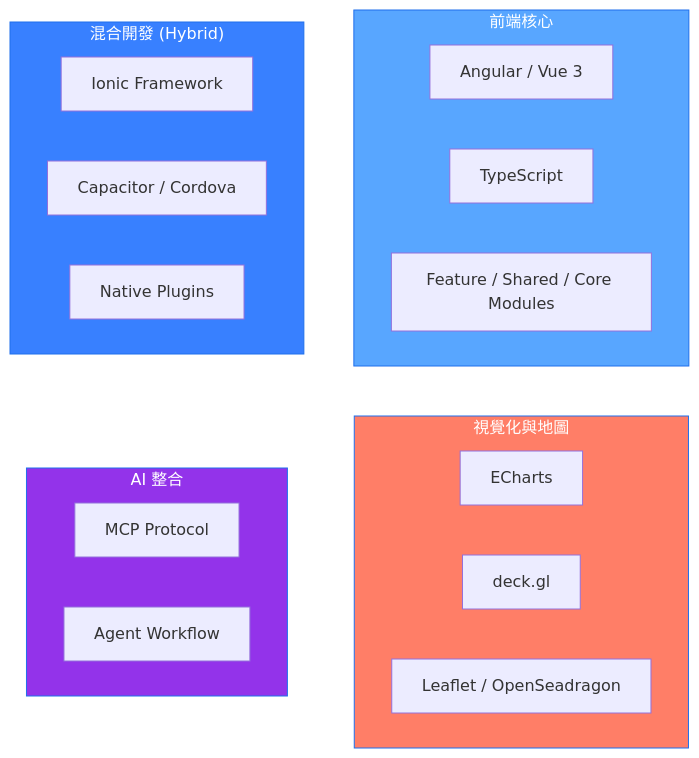
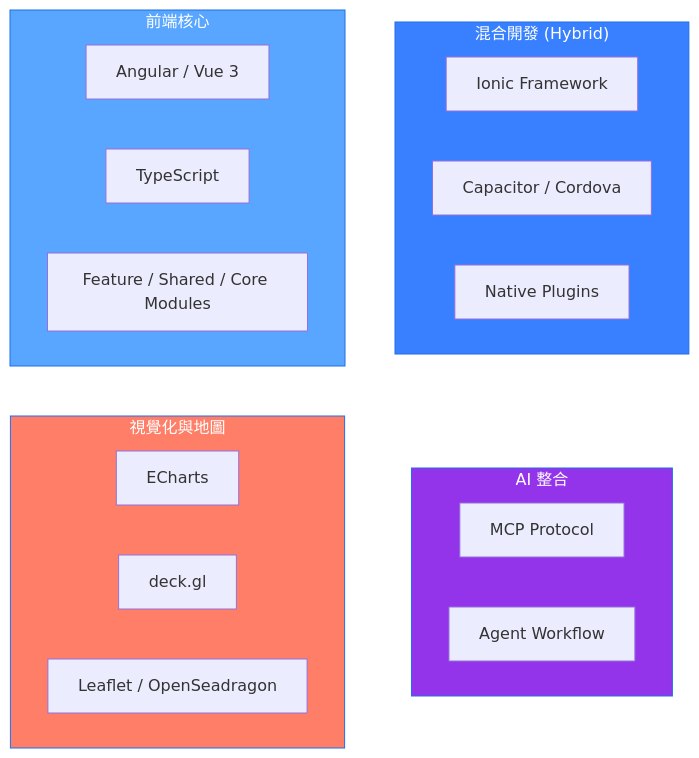
The diagram in README.md (Yang-tzu-yi/Yang-tzu-yi), drawn with Mermaid before and after one commit. The commit also changed other lines of this file, not shown here.

````diff
--- a/README.md
+++ b/README.md
@@ -58,34 +58,34 @@
 ```mermaid
 graph TB
+    subgraph Mobile["混合開發 (Hybrid)"]
+        M1[Ionic Framework]
+        M2[Capacitor / Cordova]
+        M3[Native Plugins]
+    end
+    
     subgraph Frontend["前端核心"]
         A1[Angular / Vue 3]
         A2[TypeScript]
         A3[Feature / Shared / Core Modules]
     end
 
-    subgraph Mobile["混合開發 (Hybrid)"]
-        M1[Ionic Framework]
-        M2[Capacitor / Cordova]
-        M3[Native Plugins]
-    end
-    
     subgraph Visualization["視覺化與地圖"]
         B1[ECharts]
         B2[deck.gl]
         B3[Leaflet / OpenSeadragon]
     end
     
     subgraph AI["AI 整合"]
         C1[MCP Protocol]
         C2[Agent Workflow]
     end
 
     %% 2x2 Grid Layout
     Frontend ~~~ Visualization
     Mobile ~~~ AI
     
     style Frontend fill:#58A6FF,stroke:#1F6FEB,color:#fff
     style Mobile fill:#3880FF,stroke:#1F6FEB,color:#fff
     style Visualization fill:#FF7E67,stroke:#1F6FEB,color:#fff
     style AI fill:#9333EA,stroke:#1F6FEB,color:#fff
 ```
````
